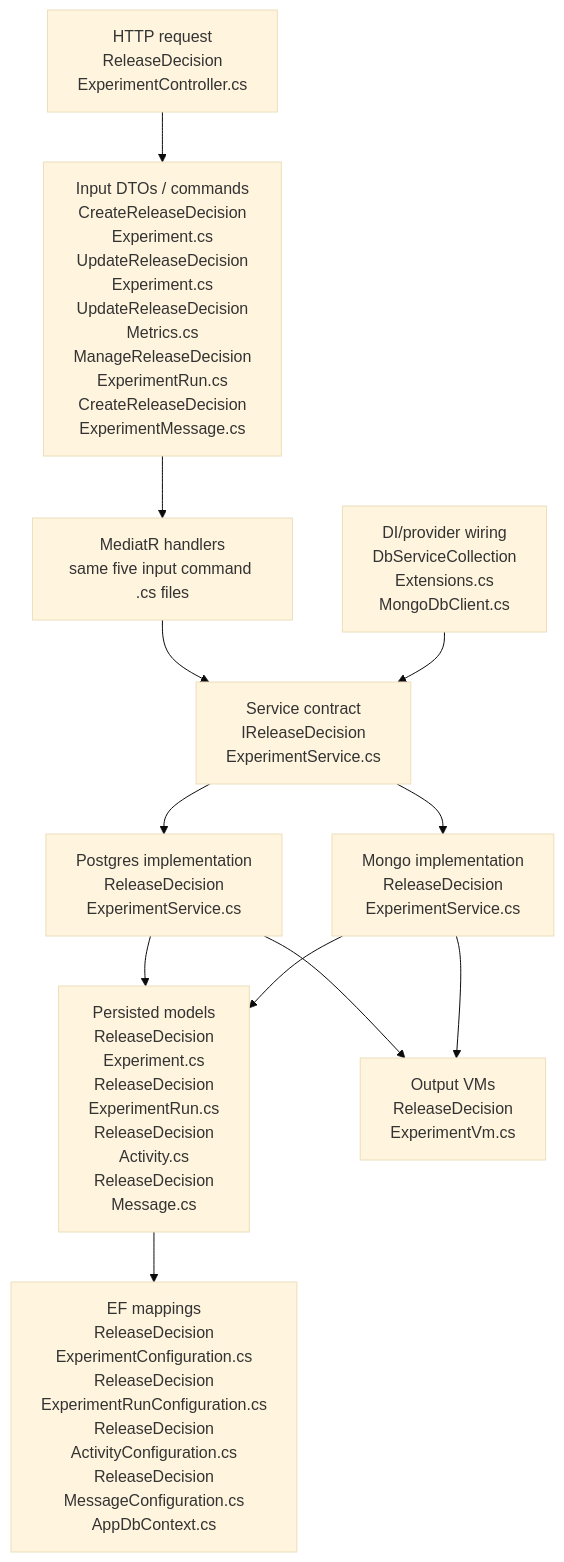
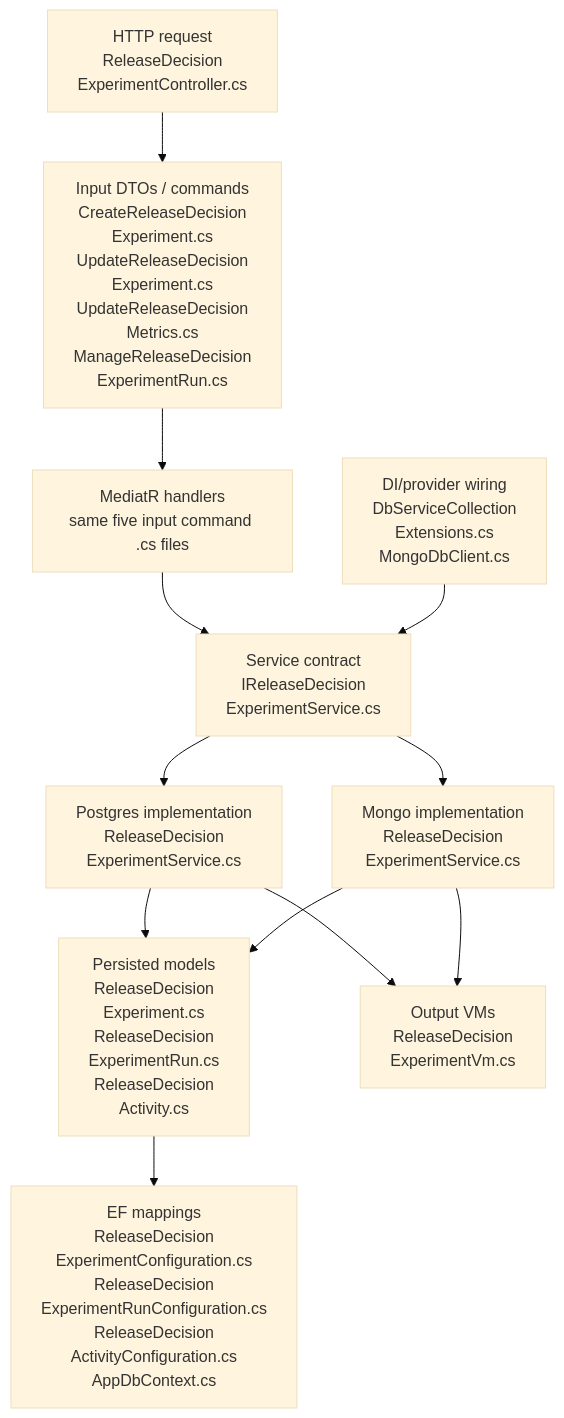
The first of 5 diagrams in v5.5.0-pr-review.md (featbit/featbit), drawn with Mermaid (base theme) before and after one commit. The commit also changed other lines of this file and 20 other files, not shown here.

Commit message:
refactor: remove release decision message functionality and related database schema

````diff
--- a/v5.5.0-pr-review.md
+++ b/v5.5.0-pr-review.md
@@ -23,22 +23,22 @@
 ```mermaid
 flowchart TD
     A["HTTP request<br/>ReleaseDecision<br/>ExperimentController.cs"]
-    B["Input DTOs / commands<br/>CreateReleaseDecision<br/>Experiment.cs<br/>UpdateReleaseDecision<br/>Experiment.cs<br/>UpdateReleaseDecision<br/>Metrics.cs<br/>ManageReleaseDecision<br/>ExperimentRun.cs<br/>CreateReleaseDecision<br/>ExperimentMessage.cs"]
+    B["Input DTOs / commands<br/>CreateReleaseDecision<br/>Experiment.cs<br/>UpdateReleaseDecision<br/>Experiment.cs<br/>UpdateReleaseDecision<br/>Metrics.cs<br/>ManageReleaseDecision<br/>ExperimentRun.cs"]
     C["MediatR handlers<br/>same five input command .cs files"]
     D["Service contract<br/>IReleaseDecision<br/>ExperimentService.cs"]
     E["Postgres implementation<br/>ReleaseDecision<br/>ExperimentService.cs"]
     F["Mongo implementation<br/>ReleaseDecision<br/>ExperimentService.cs"]
-    G["Persisted models<br/>ReleaseDecision<br/>Experiment.cs<br/>ReleaseDecision<br/>ExperimentRun.cs<br/>ReleaseDecision<br/>Activity.cs<br/>ReleaseDecision<br/>Message.cs"]
-    H["EF mappings<br/>ReleaseDecision<br/>ExperimentConfiguration.cs<br/>ReleaseDecision<br/>ExperimentRunConfiguration.cs<br/>ReleaseDecision<br/>ActivityConfiguration.cs<br/>ReleaseDecision<br/>MessageConfiguration.cs<br/>AppDbContext.cs"]
+    G["Persisted models<br/>ReleaseDecision<br/>Experiment.cs<br/>ReleaseDecision<br/>ExperimentRun.cs<br/>ReleaseDecision<br/>Activity.cs"]
+    H["EF mappings<br/>ReleaseDecision<br/>ExperimentConfiguration.cs<br/>ReleaseDecision<br/>ExperimentRunConfiguration.cs<br/>ReleaseDecision<br/>ActivityConfiguration.cs<br/>AppDbContext.cs"]
     I["Output VMs<br/>ReleaseDecision<br/>ExperimentVm.cs"]
     J["DI/provider wiring<br/>DbServiceCollection<br/>Extensions.cs<br/>MongoDbClient.cs"]
 
     A --> B --> C --> D
     D --> E
     D --> F
     E --> G --> H
     F --> G
     E --> I
     F --> I
     J --> D
 ```
````
